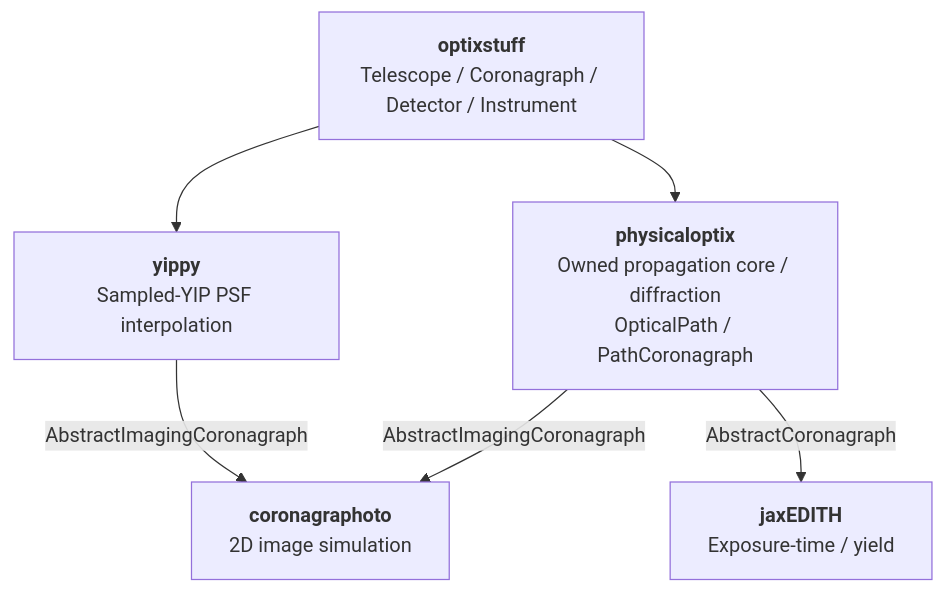
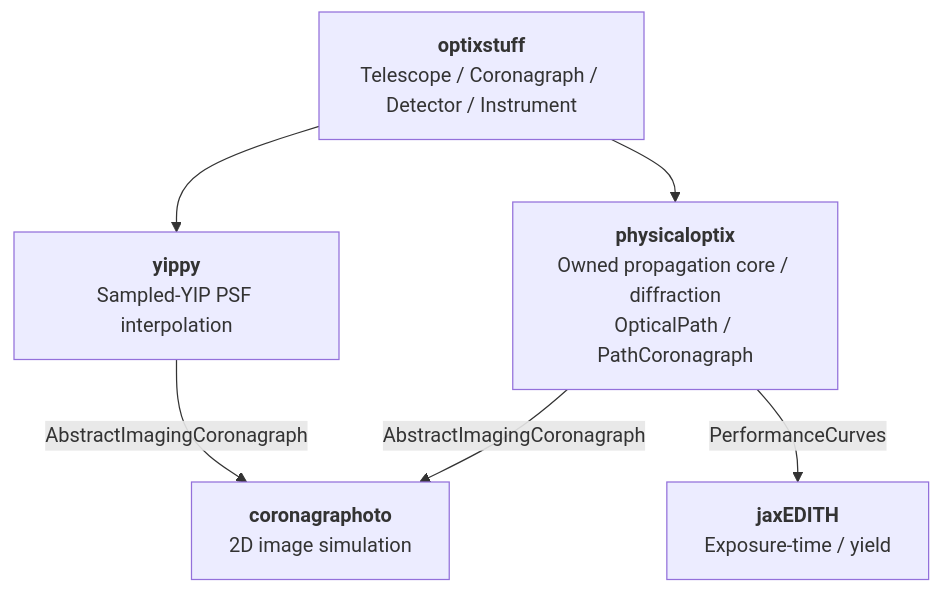
Before and after one commit to CoreySpohn/physicaloptix: the diagram in README.md, drawn with Mermaid. The commit also changed 3 other files, not shown here.

Commit message:
docs: jaxedith consumes performance curves

````diff
--- a/README.md
+++ b/README.md
@@ -99,14 +99,14 @@
 ```mermaid
 flowchart TB
     optix["<b>optixstuff</b><br/>Telescope / Coronagraph / Detector / Instrument"]
     physopt["<b>physicaloptix</b><br/>Owned propagation core / diffraction<br/>OpticalPath / PathCoronagraph"]
     yippy["<b>yippy</b><br/>Sampled-YIP PSF interpolation"]
     corono["<b>coronagraphoto</b><br/>2D image simulation"]
     jaxedith["<b>jaxEDITH</b><br/>Exposure-time / yield"]
 
     optix --> physopt
     optix --> yippy
     physopt -- AbstractImagingCoronagraph --> corono
-    physopt -- AbstractCoronagraph --> jaxedith
+    physopt -- PerformanceCurves --> jaxedith
     yippy -- AbstractImagingCoronagraph --> corono
 ```
````
